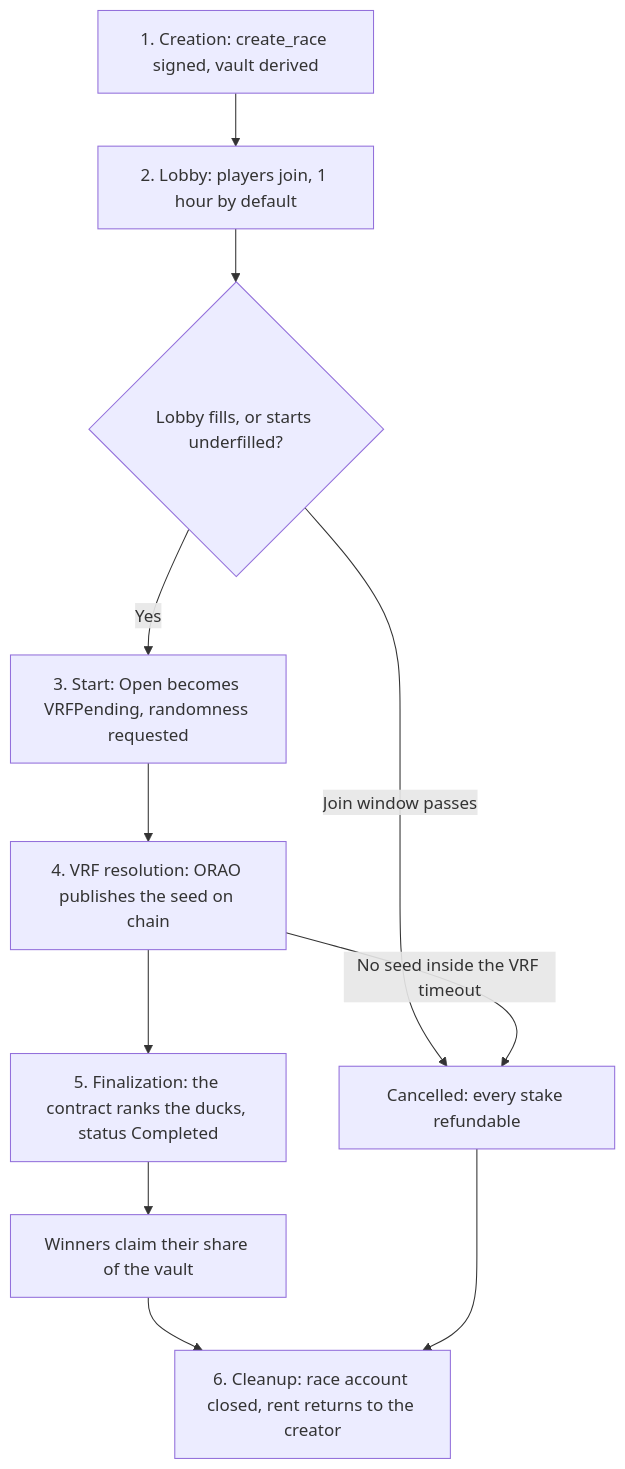
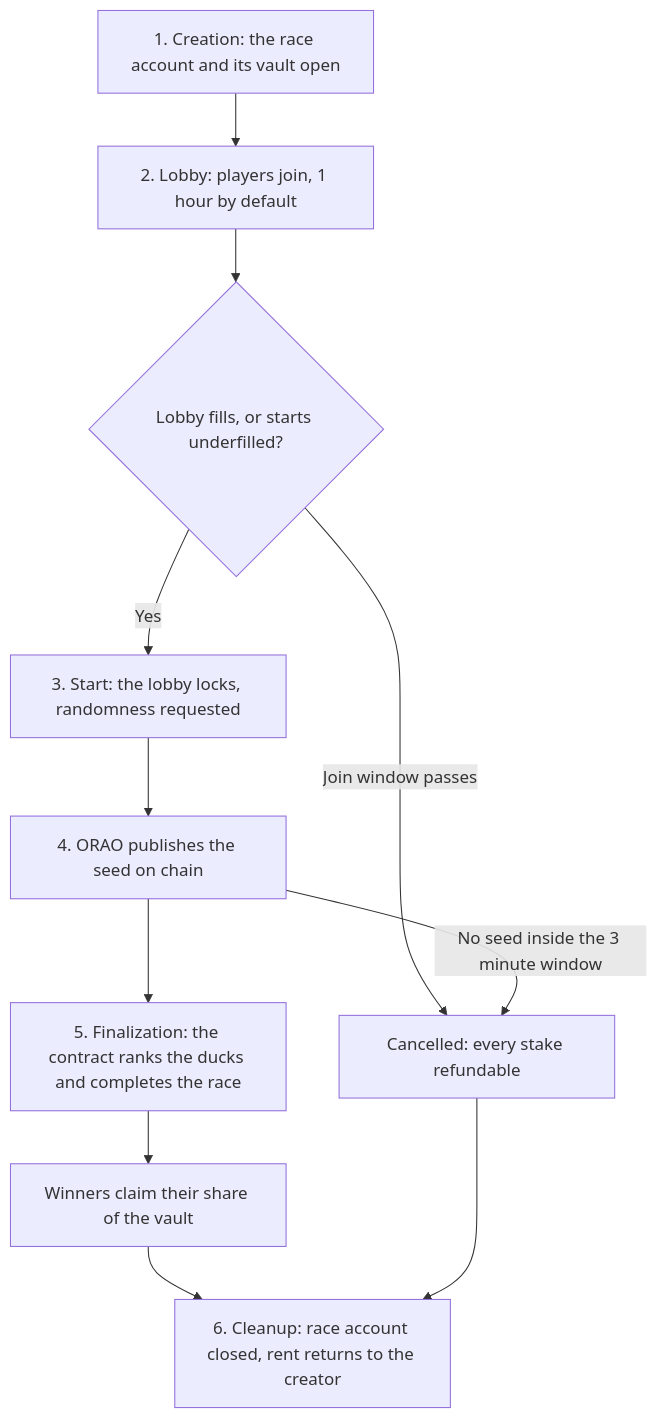
Before and after one commit to TheLuckyDucks/docs: the diagram in docs/introduction/how-it-works.md, drawn with Mermaid. The commit also changed other lines of this file and 22 other files, not shown here.

````diff
--- a/docs/introduction/how-it-works.md
+++ b/docs/introduction/how-it-works.md
@@ -10,13 +10,13 @@
 ```mermaid
 flowchart TD
-    A["1. Creation: create_race signed, vault derived"] --> B["2. Lobby: players join, 1 hour by default"]
+    A["1. Creation: the race account and its vault open"] --> B["2. Lobby: players join, 1 hour by default"]
     B --> C{"Lobby fills, or starts underfilled?"}
-    C -->|"Yes"| D["3. Start: Open becomes VRFPending, randomness requested"]
+    C -->|"Yes"| D["3. Start: the lobby locks, randomness requested"]
     C -->|"Join window passes"| X["Cancelled: every stake refundable"]
-    D --> E["4. VRF resolution: ORAO publishes the seed on chain"]
-    E -->|"No seed inside the VRF timeout"| X
-    E --> F["5. Finalization: the contract ranks the ducks, status Completed"]
+    D --> E["4. ORAO publishes the seed on chain"]
+    E -->|"No seed inside the 3 minute window"| X
+    E --> F["5. Finalization: the contract ranks the ducks and completes the race"]
     F --> G["Winners claim their share of the vault"]
     G --> H["6. Cleanup: race account closed, rent returns to the creator"]
     X --> H
 ```
````
